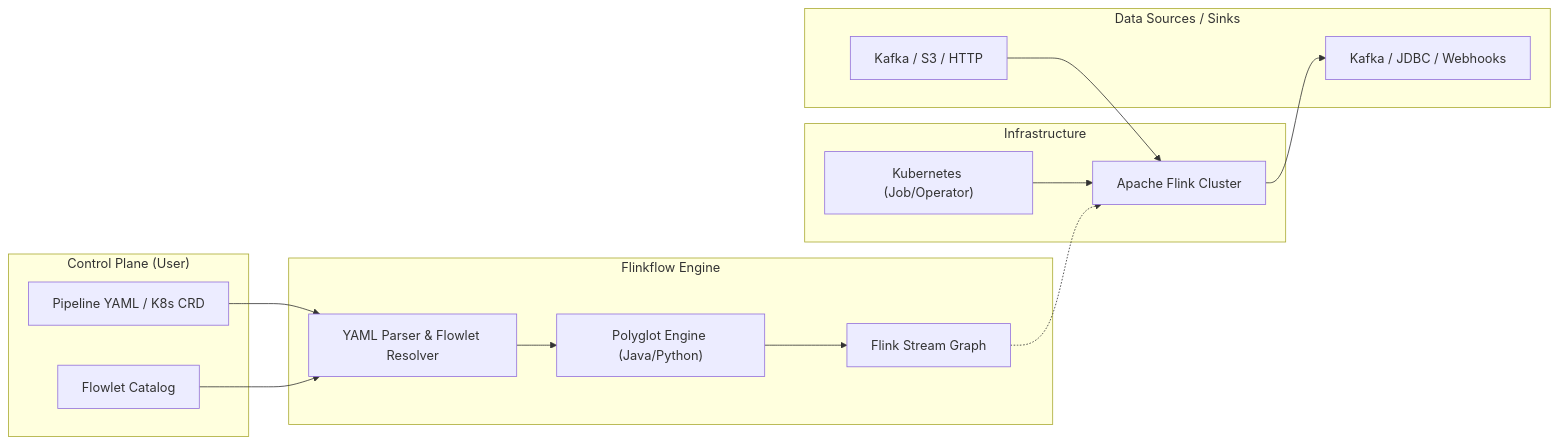
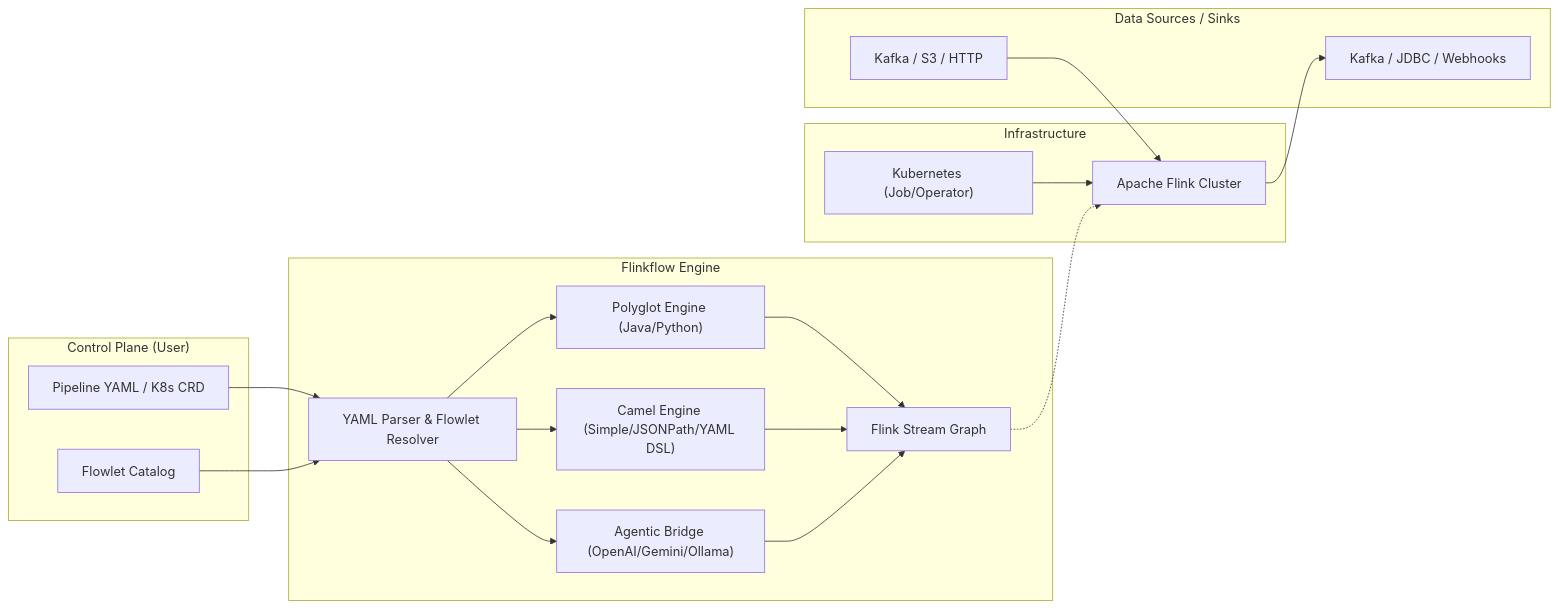
Before and after one commit to talwegai/flinkflow: the diagram in README.md, drawn with Mermaid. The commit also changed other lines of this file and 143 other files, not shown here.

Commit message:
camel yaml dsl, more examples and test coverage, security fix

````diff
--- a/README.md
+++ b/README.md
@@ -78,32 +81,38 @@
 ```mermaid
 graph LR
     subgraph "Control Plane (User)"
         YAML["Pipeline YAML / K8s CRD"]
         FLOW["Flowlet Catalog"]
     end
 
     subgraph "Flinkflow Engine"
         PARSER["YAML Parser & Flowlet Resolver"]
         JANINO["Polyglot Engine (Java/Python)"]
+        CAMEL["Camel Engine (Simple/JSONPath/YAML DSL)"]
+        AGENT["Agentic Bridge (OpenAI/Gemini/Ollama)"]
         DAG["Flink Stream Graph"]
     end
 
     subgraph "Infrastructure"
         K8S["Kubernetes (Job/Operator)"]
         FLINK["Apache Flink Cluster"]
     end
 
     subgraph "Data Sources / Sinks"
         SRC["Kafka / S3 / HTTP"]
         SNK["Kafka / JDBC / Webhooks"]
     end
 
     YAML --> PARSER
     FLOW --> PARSER
     PARSER --> JANINO
+    PARSER --> CAMEL
+    PARSER --> AGENT
     JANINO --> DAG
+    CAMEL --> DAG
+    AGENT --> DAG
     K8S --> FLINK
     DAG -.-> FLINK
     SRC --> FLINK
     FLINK --> SNK
 ```
````
